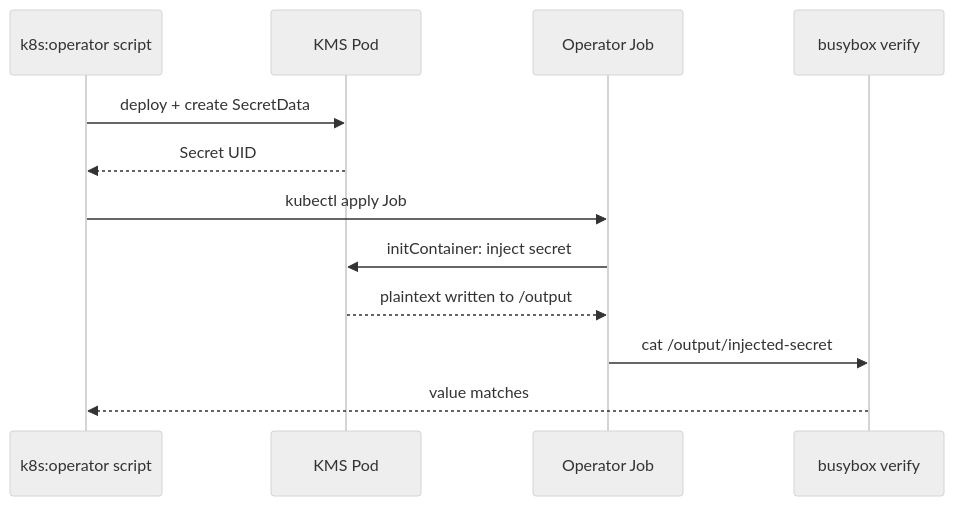
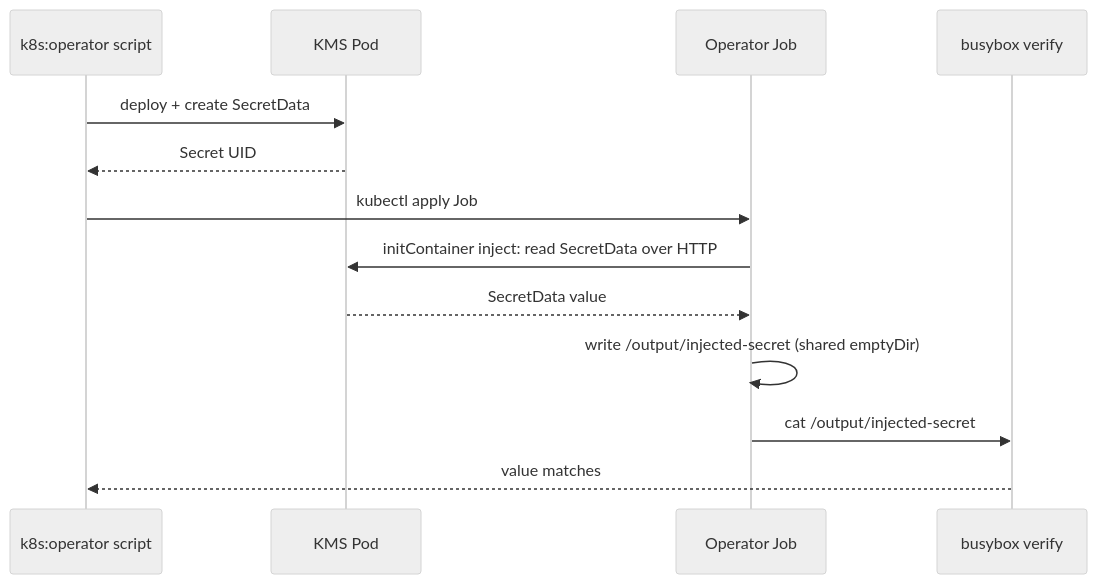
Diagram 48 of 60 in .mise/tasks/test/README.md (Cosmian/kms), drawn with Mermaid (neutral theme) before and after one commit. The commit also changed other lines of this file and 31 other files, not shown here.

````diff
--- a/.mise/tasks/test/README.md
+++ b/.mise/tasks/test/README.md
@@ -1414,15 +1444,16 @@
 ```mermaid
 sequenceDiagram
     participant Test as k8s:operator script
     participant KMS as KMS Pod
     participant Job as Operator Job
     participant Verify as busybox verify
 
     Test->>KMS: deploy + create SecretData
     KMS-->>Test: Secret UID
     Test->>Job: kubectl apply Job
-    Job->>KMS: initContainer: inject secret
-    KMS-->>Job: plaintext written to /output
+    Job->>KMS: initContainer inject: read SecretData over HTTP
+    KMS-->>Job: SecretData value
+    Job->>Job: write /output/injected-secret (shared emptyDir)
     Job->>Verify: cat /output/injected-secret
     Verify-->>Test: value matches
 ```
````
